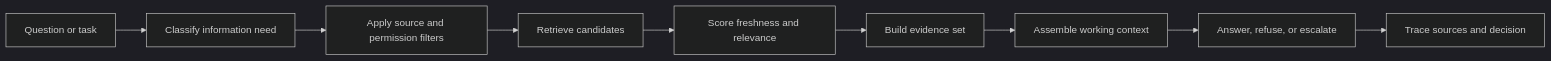
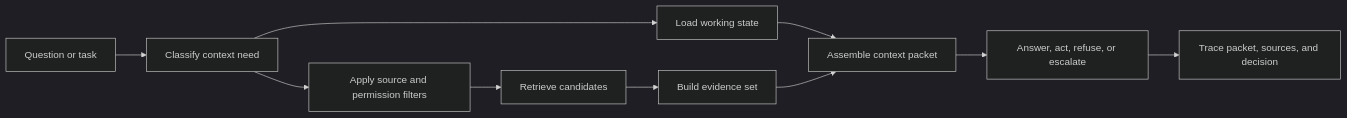
The diagram in context-engineering-pattern/README.md (GTuritto/Agentic-Systems-Patterns), drawn with Mermaid (dark theme) before and after one commit. The commit also changed other lines of this file and 2 other files, not shown here.

Commit message:
docs: strengthen context engineering assembly

````diff
--- a/context-engineering-pattern/README.md
+++ b/context-engineering-pattern/README.md
@@ -27,11 +31,12 @@
 ```mermaid
 flowchart LR
-  Q[Question or task] --> C[Classify information need]
+  Q[Question or task] --> C[Classify context need]
+  C --> S[Load working state]
   C --> F[Apply source and permission filters]
   F --> R[Retrieve candidates]
-  R --> S[Score freshness and relevance]
-  S --> E[Build evidence set]
-  E --> W[Assemble working context]
-  W --> A[Answer, refuse, or escalate]
-  A --> T[Trace sources and decision]
+  R --> E[Build evidence set]
+  S --> W[Assemble context packet]
+  E --> W
+  W --> A[Answer, act, refuse, or escalate]
+  A --> T[Trace packet, sources, and decision]
 ```
````
